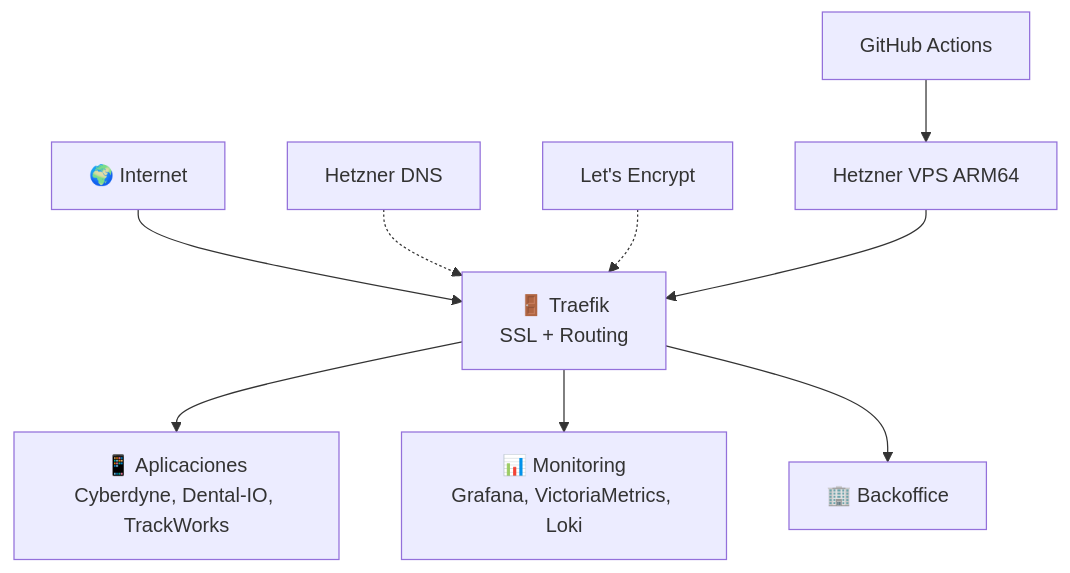
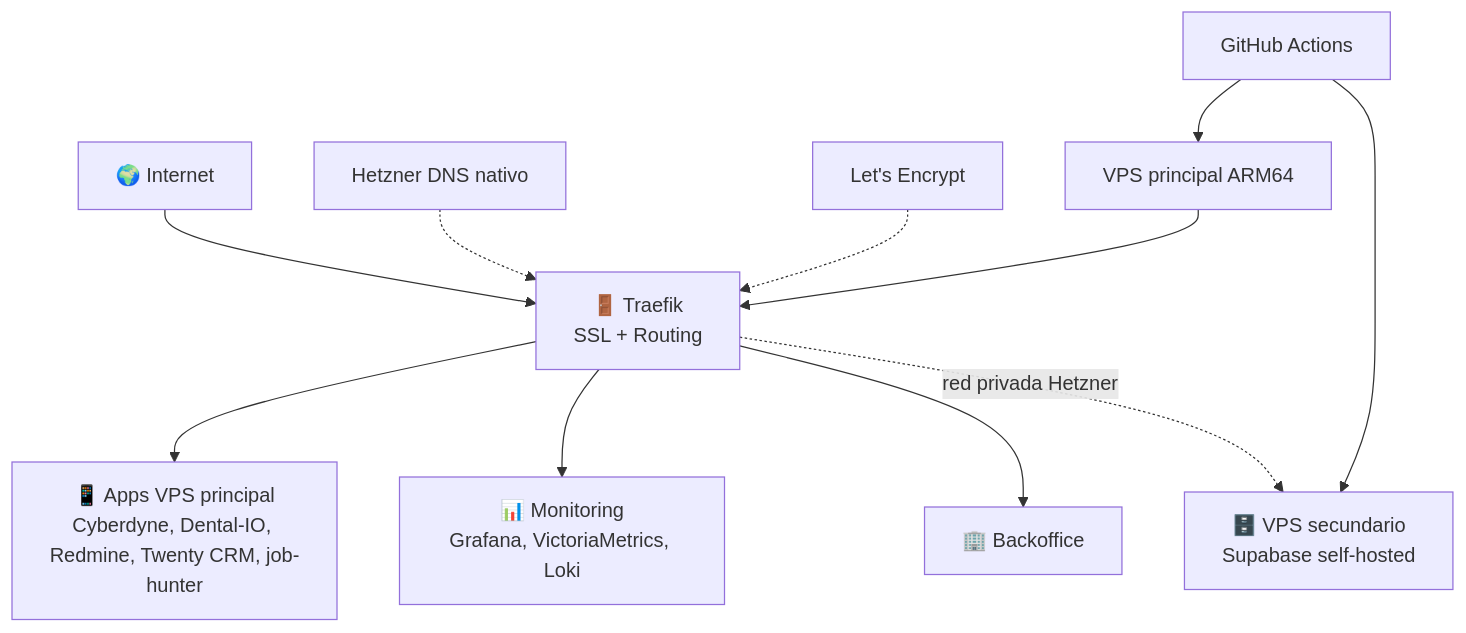
Before and after one commit to TechnoSpartan/iac-code-spartan: the diagram in README.md, drawn with Mermaid. The commit also changed other lines of this file, not shown here.

````diff
--- a/README.md
+++ b/README.md
@@ -34,14 +36,16 @@
 ```mermaid
 graph TB
     Internet[🌍 Internet] --> Traefik[🚪 Traefik<br/>SSL + Routing]
 
-    Traefik --> Apps[📱 Aplicaciones<br/>Cyberdyne, Dental-IO, TrackWorks]
+    Traefik --> Apps[📱 Apps VPS principal<br/>Cyberdyne, Dental-IO, Redmine, Twenty CRM, job-hunter]
     Traefik --> Mon[📊 Monitoring<br/>Grafana, VictoriaMetrics, Loki]
     Traefik --> Back[🏢 Backoffice]
+    Traefik -.->|red privada Hetzner| Apis[🗄️ VPS secundario<br/>Supabase self-hosted]
 
-    DNS[Hetzner DNS] -.-> Traefik
+    DNS[Hetzner DNS nativo] -.-> Traefik
     LE[Let's Encrypt] -.-> Traefik
 
-    CI[GitHub Actions] --> VPS[Hetzner VPS ARM64]
+    CI[GitHub Actions] --> VPS[VPS principal ARM64]
+    CI --> Apis
     VPS --> Traefik
 ```
````
